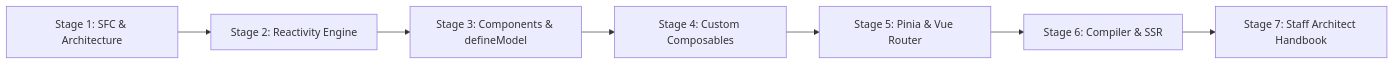
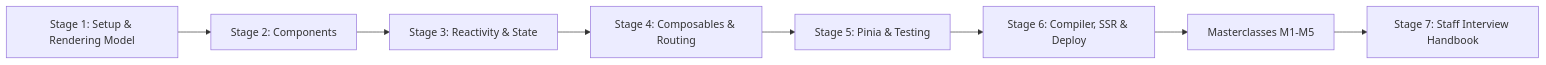
One commit to TheLearningHubOrg/learn-vue changed the first of 28 diagrams in README.md. Above: the diagram before and after it, drawn with Mermaid. The commit also changed other lines of this file and 42 other files, not shown here.

````diff
--- a/README.md
+++ b/README.md
@@ -29,9 +27,10 @@
 ```mermaid
 flowchart LR
-    S1["Stage 1: SFC & Architecture"] --> S2["Stage 2: Reactivity Engine"]
-    S2 --> S3["Stage 3: Components & defineModel"]
-    S3 --> S4["Stage 4: Custom Composables"]
-    S4 --> S5["Stage 5: Pinia & Vue Router"]
-    S5 --> S6["Stage 6: Compiler & SSR"]
-    S6 --> S7["Stage 7: Staff Architect Handbook"]
+    S1["Stage 1: Setup & Rendering Model"] --> S2["Stage 2: Components"]
+    S2 --> S3["Stage 3: Reactivity & State"]
+    S3 --> S4["Stage 4: Composables & Routing"]
+    S4 --> S5["Stage 5: Pinia & Testing"]
+    S5 --> S6["Stage 6: Compiler, SSR & Deploy"]
+    S6 --> M["Masterclasses M1-M5"]
+    M --> S7["Stage 7: Staff Interview Handbook"]
 ```
````
